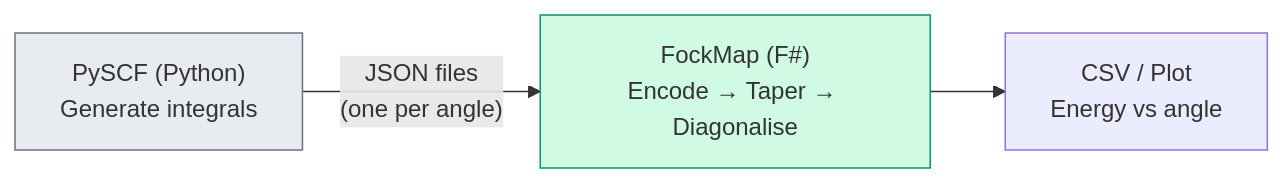
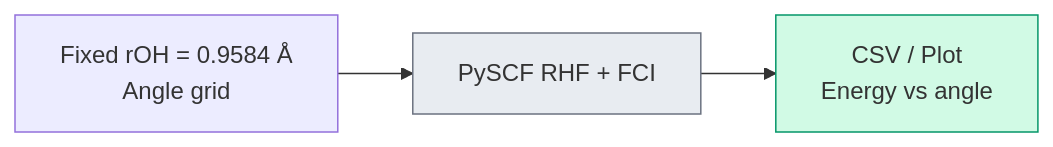
One commit to johnazariah/encodings-book changed the diagram in manuscript/19-bond-angle.md. Above: the diagram before and after it, drawn with Mermaid. The commit also changed other lines of this file and 81 other files, not shown here.

````diff
--- a/manuscript/19-bond-angle.md
+++ b/manuscript/19-bond-angle.md
@@ -99,7 +104,7 @@
 ```mermaid
 flowchart LR
-    PY["PySCF (Python)<br/>Generate integrals"] -->|"JSON files<br/>(one per angle)"| FM["FockMap (F#)<br/>Encode → Taper → Diagonalise"]
-    FM --> CSV["CSV / Plot<br/>Energy vs angle"]
+    GEO["Fixed rOH = 0.9584 Å<br/>Angle grid"] --> PY["PySCF RHF + FCI"]
+    PY --> CSV["CSV / Plot<br/>Energy vs angle"]
     style PY fill:#e8ecf1,stroke:#6b7280
-    style FM fill:#d1fae5,stroke:#059669
+    style CSV fill:#d1fae5,stroke:#059669
 ```
````
